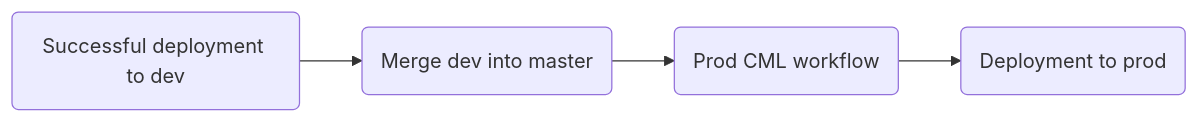
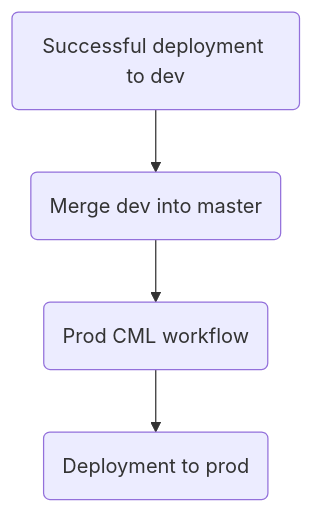
Before and after one commit to iterative/magnetic-tiles-defect: the third of 3 diagrams in README.md, drawn with Mermaid. The commit also changed other lines of this file, not shown here.

````diff
--- a/README.md
+++ b/README.md
@@ -130,4 +130,4 @@
 ```mermaid
-flowchart LR
+flowchart TB
 A(Successful deployment to dev) --> B(Merge dev into master) --> C(Prod CML workflow) --> D(Deployment to prod) 
 ```
````
